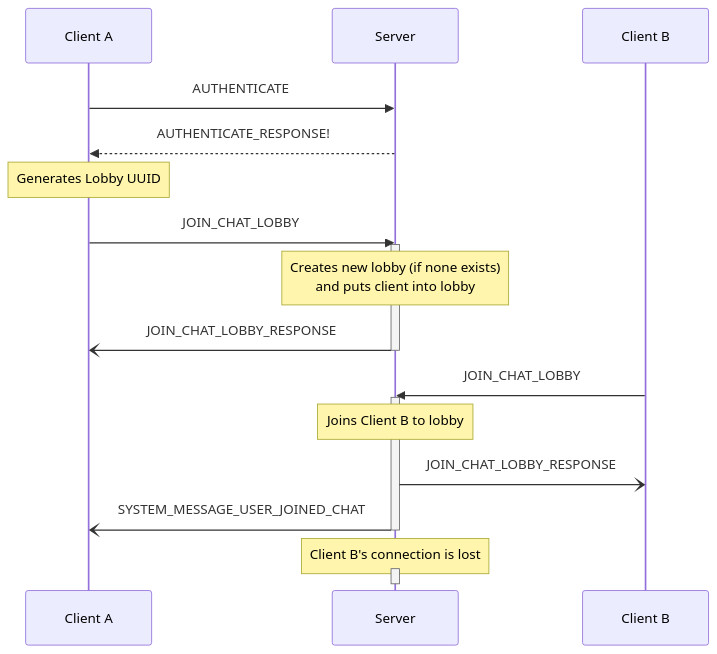
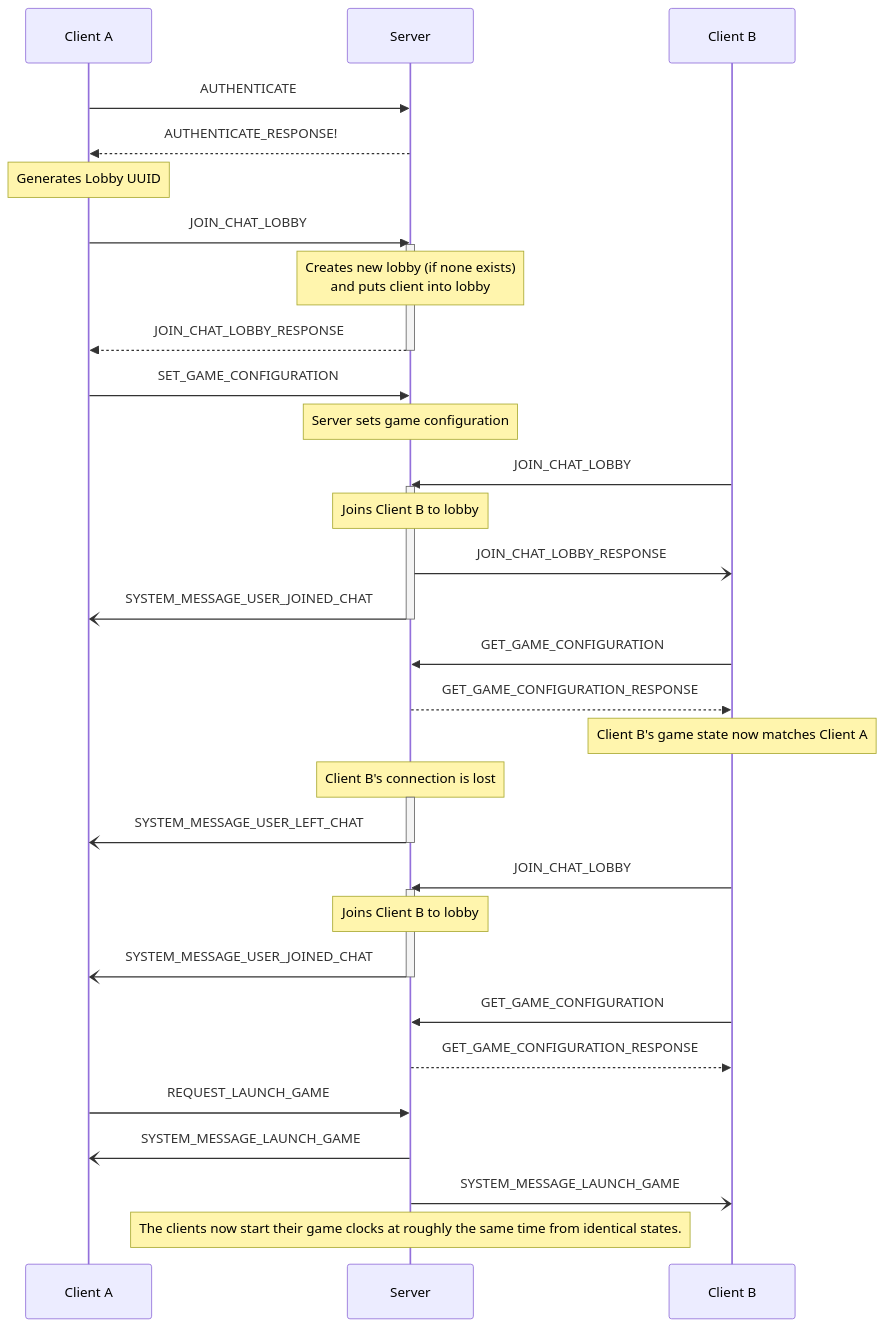
One commit to TriNetCo/pax-imperia-web changed the first of 2 diagrams in docs/networking/chat.md. Above: the diagram before and after it, drawn with Mermaid. The commit also changed other lines of this file and 12 other files, not shown here.

````diff
--- a/docs/networking/chat.md
+++ b/docs/networking/chat.md
@@ -23,30 +23,49 @@
 ```mermaid
 sequenceDiagram
     participant a as Client A
     participant s as Server
     participant b as Client B
 
     a->>s: AUTHENTICATE
     s-->>a: AUTHENTICATE_RESPONSE!
 
     note over a: Generates Lobby UUID
     a->>s: JOIN_CHAT_LOBBY
     activate s
     note over s: Creates new lobby (if none exists) <br> and puts client into lobby
-    s-)a:  JOIN_CHAT_LOBBY_RESPONSE
+    s-->>a:  JOIN_CHAT_LOBBY_RESPONSE
     deactivate s
+    a->>s: SET_GAME_CONFIGURATION
+    note over s: Server sets game configuration
 
     b->>s: JOIN_CHAT_LOBBY
     activate s
     note over s: Joins Client B to lobby
     s-)b: JOIN_CHAT_LOBBY_RESPONSE
     s-)a: SYSTEM_MESSAGE_USER_JOINED_CHAT
     deactivate s
 
+    b->>s: GET_GAME_CONFIGURATION
+    s-->>b: GET_GAME_CONFIGURATION_RESPONSE
+    note over b: Client B's game state now matches Client A
+
     note over s: Client B's connection is lost
     activate s
-
-
+    s-)a: SYSTEM_MESSAGE_USER_LEFT_CHAT
     deactivate s
 
+    b->>s: JOIN_CHAT_LOBBY
+    activate s
+    note over s: Joins Client B to lobby
+    s-)a: SYSTEM_MESSAGE_USER_JOINED_CHAT
+    deactivate s
+
+    b->>s: GET_GAME_CONFIGURATION
+    s-->>b: GET_GAME_CONFIGURATION_RESPONSE
+
+    a->>s: REQUEST_LAUNCH_GAME
+    s-)a: SYSTEM_MESSAGE_LAUNCH_GAME
+    s-)b: SYSTEM_MESSAGE_LAUNCH_GAME
+
+    note over s: The clients now start their game clocks at roughly the same time from identical states.
 ```
````
